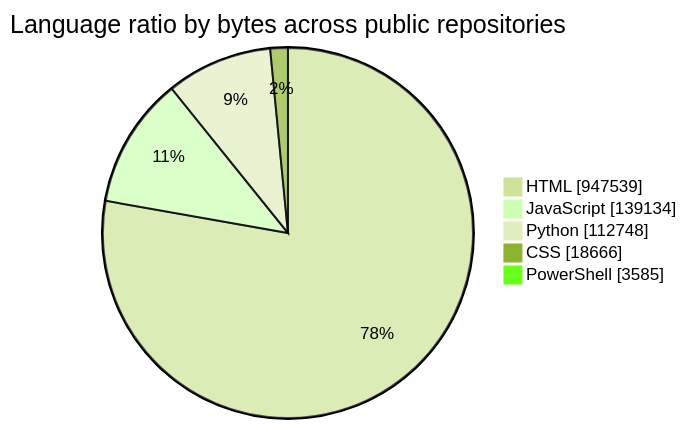
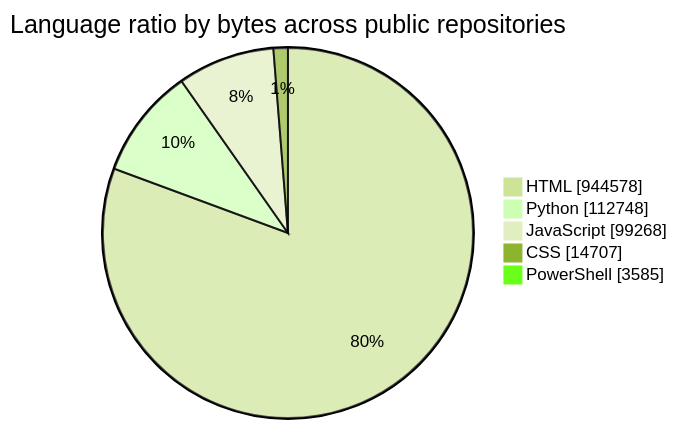
Before and after one commit to tchinso/tchinso: the diagram in README.md, drawn with Mermaid (forest theme). The commit also changed other lines of this file, not shown here.

````diff
--- a/README.md
+++ b/README.md
@@ -34,9 +34,9 @@
 ```mermaid
 pie showData
     title Language ratio by bytes across public repositories
-    "HTML" : 947539
-    "JavaScript" : 139134
+    "HTML" : 944578
     "Python" : 112748
-    "CSS" : 18666
+    "JavaScript" : 99268
+    "CSS" : 14707
     "PowerShell" : 3585
 ```
````
